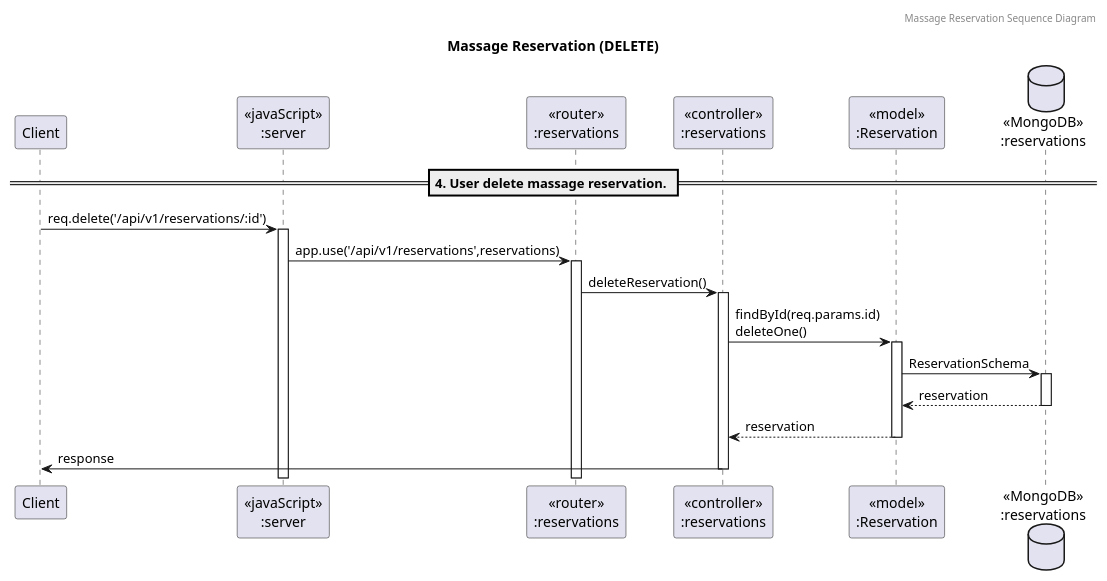
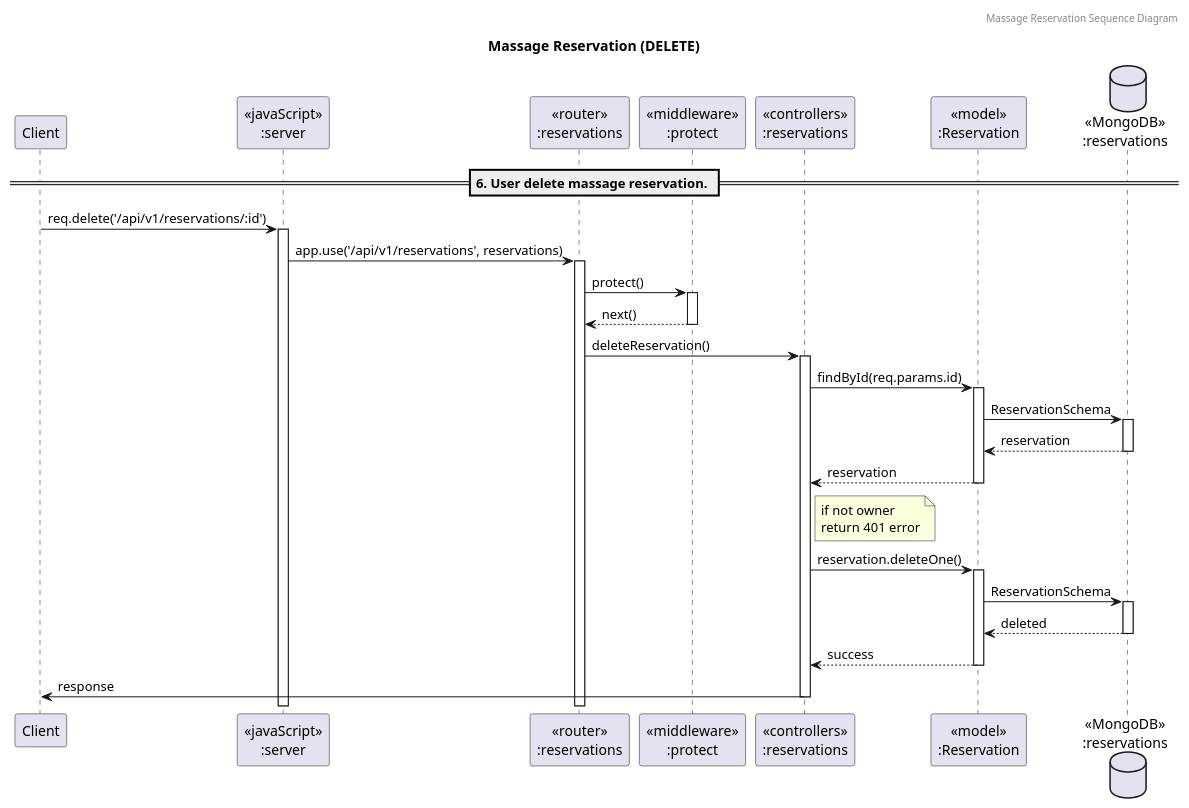
The diagram in docs/sequence-diagram/sequence-diagram_6.puml (14two-77/be-project-68-fangaodiwa), drawn with PlantUML before and after one commit. The commit also changed 26 other files, not shown here.

Commit message:
add diagram

```diff
--- a/docs/sequence-diagram/sequence-diagram_6.puml
+++ b/docs/sequence-diagram/sequence-diagram_6.puml
@@ -1,24 +1,32 @@
 @startuml sequence-diagram
 
 header Massage Reservation Sequence Diagram
 title "Massage Reservation (DELETE)"
 
 participant "Client" as client
 participant "<<javaScript>>\n:server" as server
 participant "<<router>>\n:reservations" as routerReservations
-participant "<<controller>>\n:reservations" as controllersReservations
+participant "<<middleware>>\n:protect" as middlewareProtect
+participant "<<controllers>>\n:reservations" as controllersReservations
 participant "<<model>>\n:Reservation" as modelReservation
 database "<<MongoDB>>\n:reservations" as reservationsDatabase
 
-== 4. User delete massage reservation. ==
+== 6. User delete massage reservation. ==
 
 client -> server ++: req.delete('/api/v1/reservations/:id')
-server -> routerReservations ++: app.use('/api/v1/reservations',reservations)
+server -> routerReservations ++: app.use('/api/v1/reservations', reservations)
+routerReservations -> middlewareProtect ++: protect()
+middlewareProtect --> routerReservations --: next()
 routerReservations -> controllersReservations ++: deleteReservation()
-controllersReservations-> modelReservation ++: findById(req.params.id)\ndeleteOne()
+controllersReservations -> modelReservation ++: findById(req.params.id)
 modelReservation -> reservationsDatabase ++: ReservationSchema
 reservationsDatabase --> modelReservation --: reservation
 controllersReservations <-- modelReservation --: reservation
+note right of controllersReservations: if not owner\nreturn 401 error
+controllersReservations -> modelReservation ++: reservation.deleteOne()
+modelReservation -> reservationsDatabase ++: ReservationSchema
+reservationsDatabase --> modelReservation --: deleted
+controllersReservations <-- modelReservation --: success
 controllersReservations -> client --: response
 
 @enduml
```
